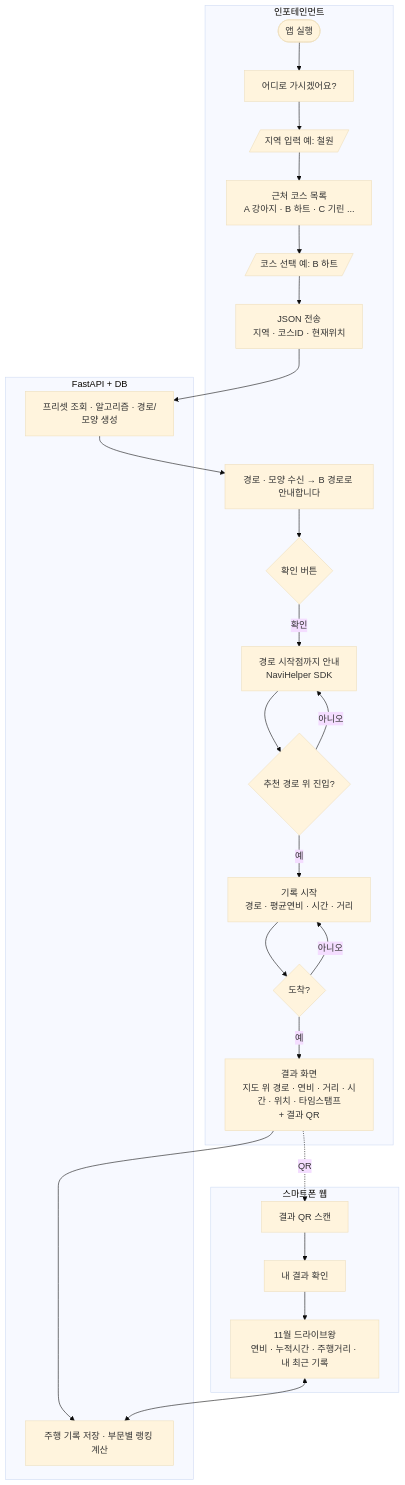
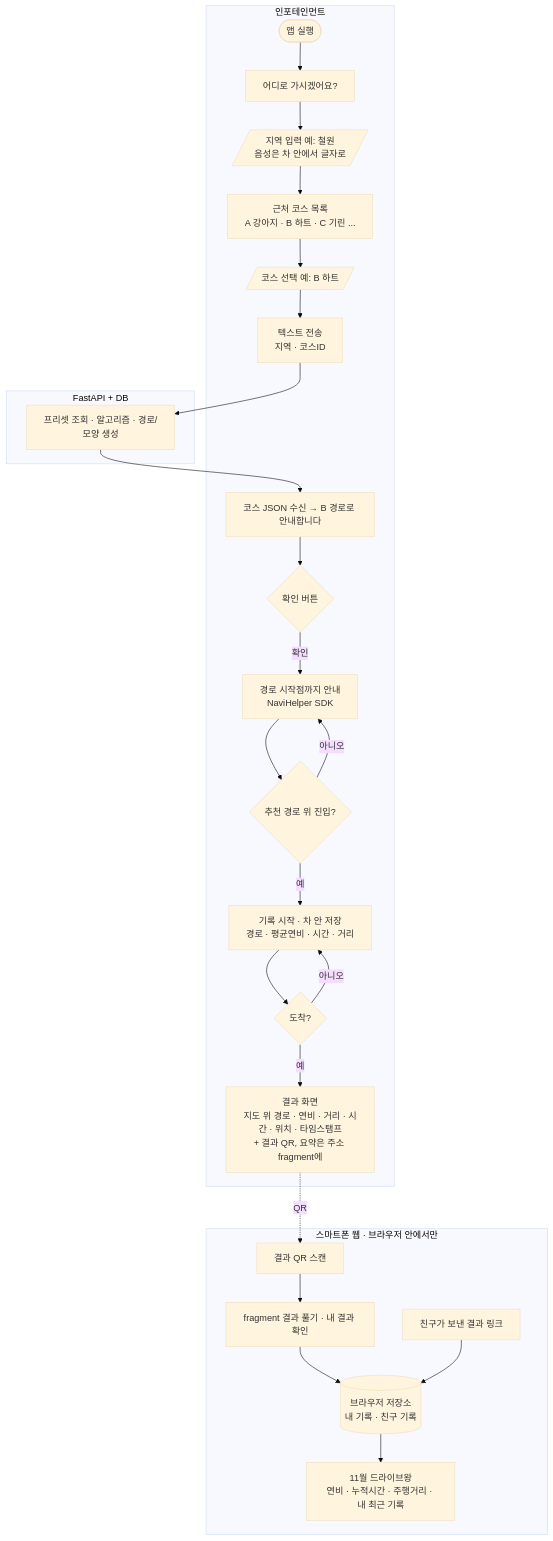
One commit to Nana2828/Pleos_application changed the second of 3 diagrams in docs/scenario-flow.md. Above: the diagram before and after it, drawn with Mermaid (base theme). The commit also changed other lines of this file and 5 other files, not shown here.

````diff
--- a/docs/scenario-flow.md
+++ b/docs/scenario-flow.md
@@ -41,29 +50,28 @@
 ```mermaid
 flowchart TD
     subgraph CAR[인포테인먼트]
       A([앱 실행]) --> B[어디로 가시겠어요?]
-      B --> C[/지역 입력 예: 철원/]
+      B --> C[/지역 입력 예: 철원<br/>음성은 차 안에서 글자로/]
       C --> D[근처 코스 목록<br/>A 강아지 · B 하트 · C 기린 ...]
       D --> E[/코스 선택 예: B 하트/]
-      E --> F[JSON 전송<br/>지역 · 코스ID · 현재위치]
-      G[경로 · 모양 수신 → B 경로로 안내합니다] --> H{확인 버튼}
+      E --> F[텍스트 전송<br/>지역 · 코스ID]
+      G[코스 JSON 수신 → B 경로로 안내합니다] --> H{확인 버튼}
       H -- 확인 --> I[경로 시작점까지 안내<br/>NaviHelper SDK]
       I --> J{추천 경로 위 진입?}
       J -- 아니오 --> I
-      J -- 예 --> K[기록 시작<br/>경로 · 평균연비 · 시간 · 거리]
+      J -- 예 --> K[기록 시작 · 차 안 저장<br/>경로 · 평균연비 · 시간 · 거리]
       K --> L{도착?}
       L -- 아니오 --> K
-      L -- 예 --> M[결과 화면<br/>지도 위 경로 · 연비 · 거리 · 시간 · 위치 · 타임스탬프<br/>+ 결과 QR]
+      L -- 예 --> M[결과 화면<br/>지도 위 경로 · 연비 · 거리 · 시간 · 위치 · 타임스탬프<br/>+ 결과 QR, 요약은 주소 fragment에]
     end
     subgraph SERVER[FastAPI + DB]
       S1[프리셋 조회 · 알고리즘 · 경로/모양 생성]
-      S2[주행 기록 저장 · 부문별 랭킹 계산]
     end
-    subgraph PHONE[스마트폰 웹]
-      P1[결과 QR 스캔] --> P2[내 결과 확인] --> P3[11월 드라이브왕<br/>연비 · 누적시간 · 주행거리 · 내 최근 기록]
+    subgraph PHONE[스마트폰 웹 · 브라우저 안에서만]
+      P1[결과 QR 스캔] --> P2[fragment 결과 풀기 · 내 결과 확인] --> P4[(브라우저 저장소<br/>내 기록 · 친구 기록)]
+      P5[친구가 보낸 결과 링크] --> P4
+      P4 --> P3[11월 드라이브왕<br/>연비 · 누적시간 · 주행거리 · 내 최근 기록]
     end
     F --> S1 --> G
-    M --> S2
     M -. QR .-> P1
-    P3 <--> S2
 ```
````
